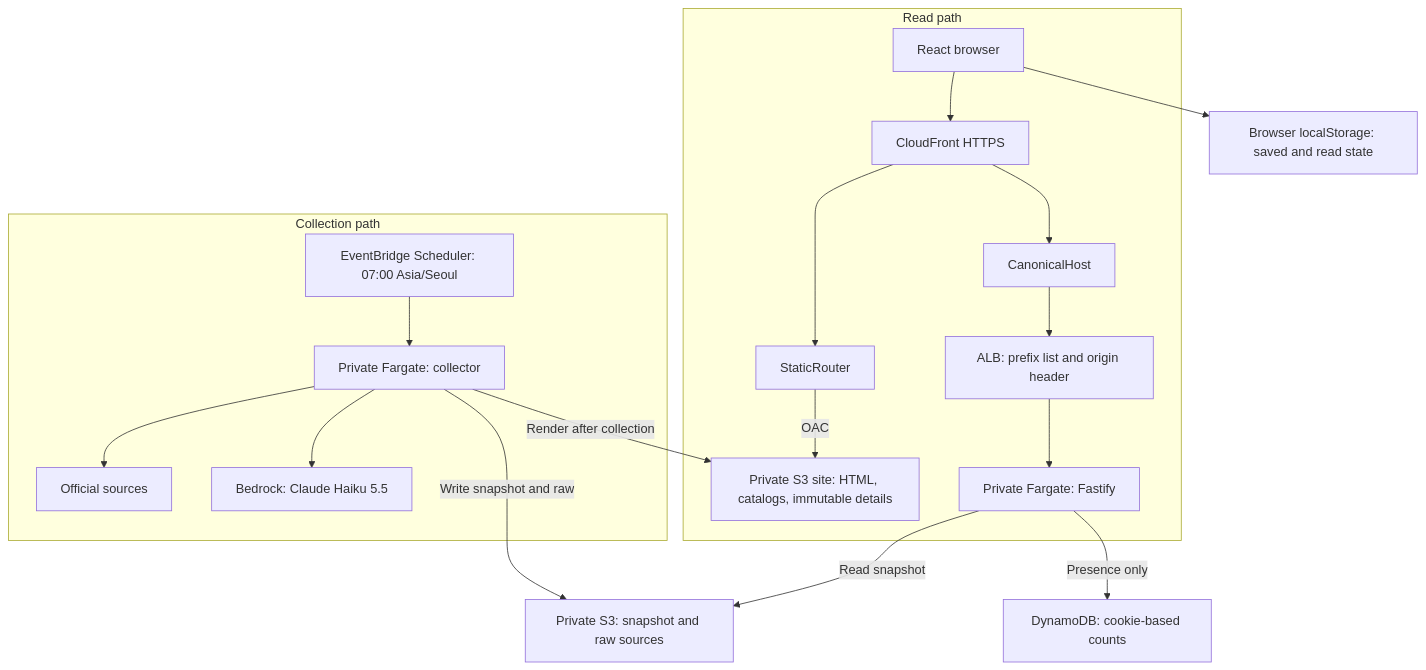
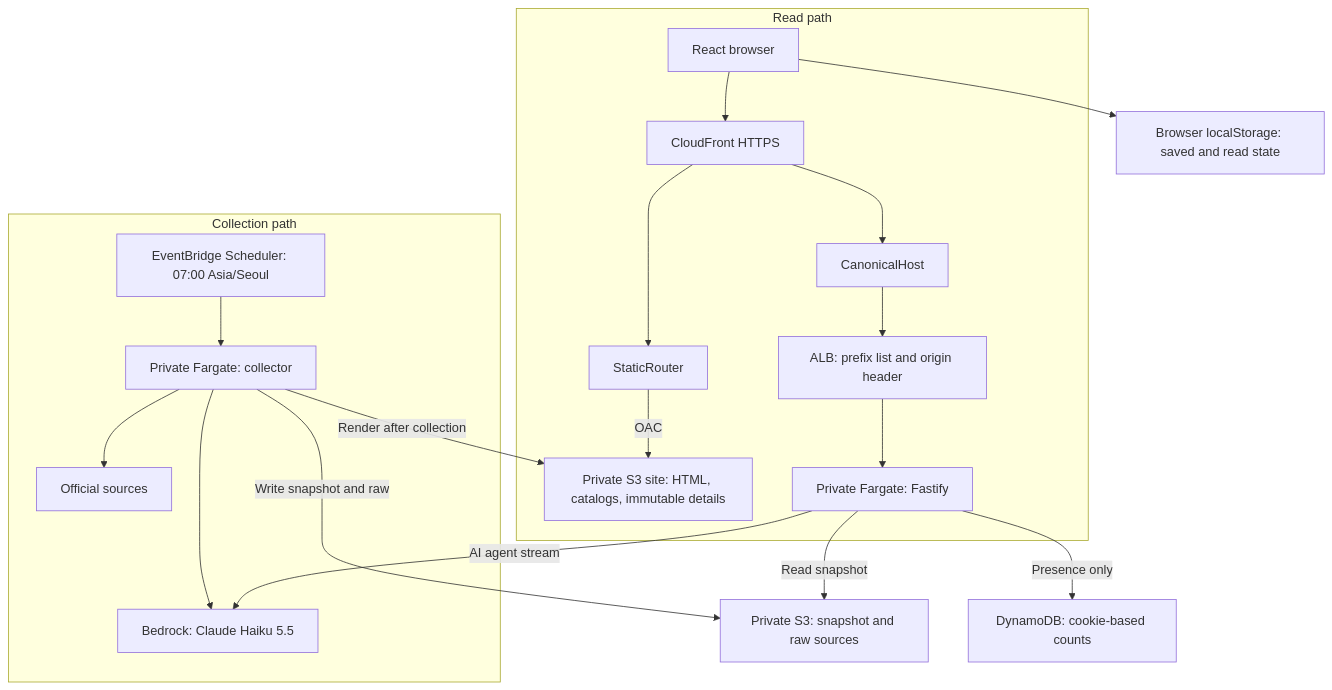
The second of 2 diagrams in docs/architecture.md (whchoi98/code-pulse), drawn with Mermaid before and after one commit. The commit also changed other lines of this file and 19 other files, not shown here.

````diff
--- a/docs/architecture.md
+++ b/docs/architecture.md
@@ -71,21 +73,22 @@
 ```mermaid
 flowchart TB
     subgraph Read["Read path"]
         Browser["React browser"] --> Edge["CloudFront HTTPS"]
         Edge --> Static["StaticRouter"]
         Static -->|OAC| Site["Private S3 site: HTML, catalogs, immutable details"]
         Edge --> Canonical["CanonicalHost"]
         Canonical --> ALB["ALB: prefix list and origin header"]
         ALB --> Web["Private Fargate: Fastify"]
     end
     subgraph Collect["Collection path"]
         Schedule["EventBridge Scheduler: 07:00 Asia/Seoul"] --> Worker["Private Fargate: collector"]
         Worker --> Sources["Official sources"]
         Worker --> Bedrock["Bedrock: Claude Haiku 5.5"]
     end
+    Web -->|AI agent stream| Bedrock
     Web -->|Read snapshot| Data["Private S3: snapshot and raw sources"]
     Worker -->|Write snapshot and raw| Data
     Worker -->|Render after collection| Site
     Web -->|Presence only| Presence["DynamoDB: cookie-based counts"]
     Browser --> Local["Browser localStorage: saved and read state"]
 ```
````
